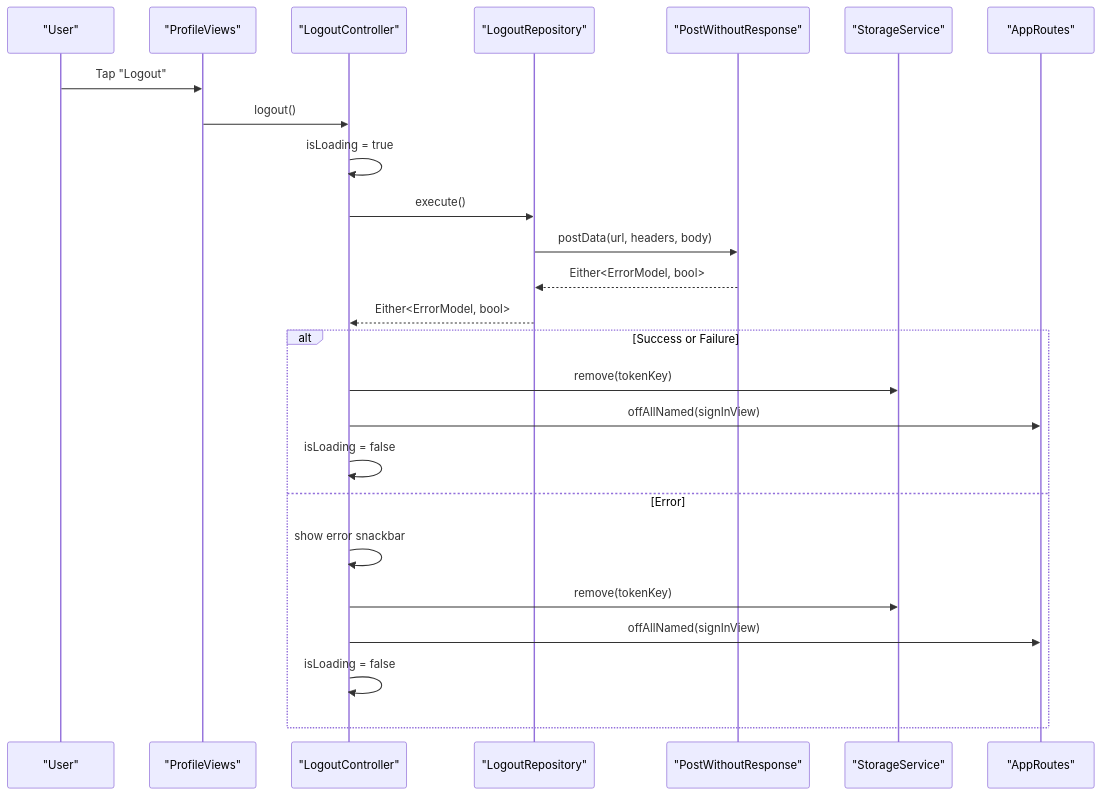
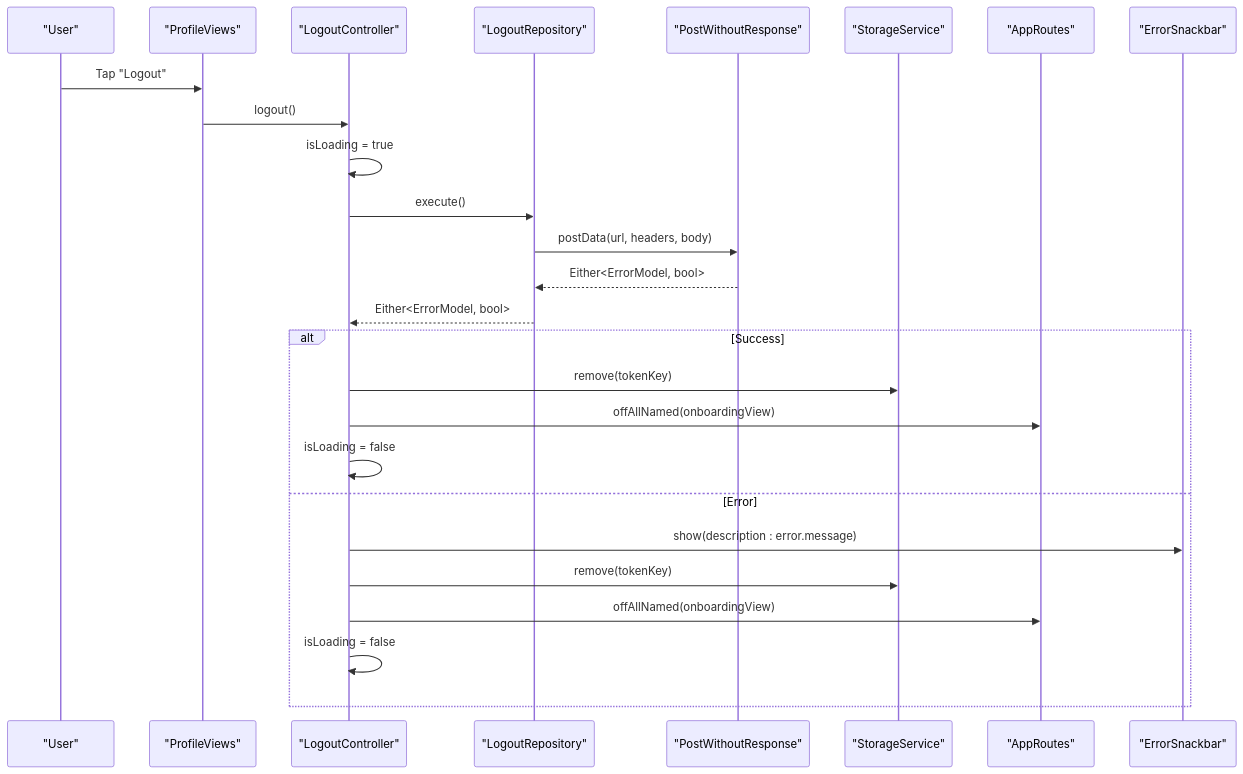
One commit to Ariful3111/FurniGo changed the second of 4 diagrams in .qoder/repowiki/en/content/Core Features/Authentication System/Logout and Session Management.md. Above: the diagram before and after it, drawn with Mermaid. The commit also changed other lines of this file and 11 other files, not shown here.

````diff
--- a/.qoder/repowiki/en/content/Core Features/Authentication System/Logout and Session Management.md
+++ b/.qoder/repowiki/en/content/Core Features/Authentication System/Logout and Session Management.md
@@ -119,27 +120,28 @@
 ```mermaid
 sequenceDiagram
 participant User as "User"
 participant UI as "ProfileViews"
 participant Ctrl as "LogoutController"
 participant Repo as "LogoutRepository"
 participant Net as "PostWithoutResponse"
 participant Store as "StorageService"
 participant Router as "AppRoutes"
+participant Error as "ErrorSnackbar"
 User->>UI : Tap "Logout"
 UI->>Ctrl : logout()
 Ctrl->>Ctrl : isLoading = true
 Ctrl->>Repo : execute()
 Repo->>Net : postData(url, headers, body)
 Net-->>Repo : Either<ErrorModel, bool>
 Repo-->>Ctrl : Either<ErrorModel, bool>
-alt Success or Failure
+alt Success
 Ctrl->>Store : remove(tokenKey)
-Ctrl->>Router : offAllNamed(signInView)
+Ctrl->>Router : offAllNamed(onboardingView)
 Ctrl->>Ctrl : isLoading = false
 else Error
-Ctrl->>Ctrl : show error snackbar
+Ctrl->>Error : show(description : error.message)
 Ctrl->>Store : remove(tokenKey)
-Ctrl->>Router : offAllNamed(signInView)
+Ctrl->>Router : offAllNamed(onboardingView)
 Ctrl->>Ctrl : isLoading = false
 end
 ```
````
